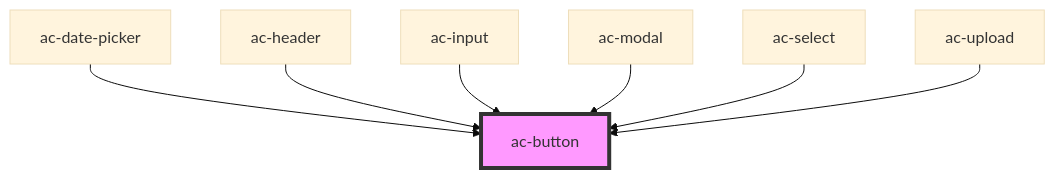
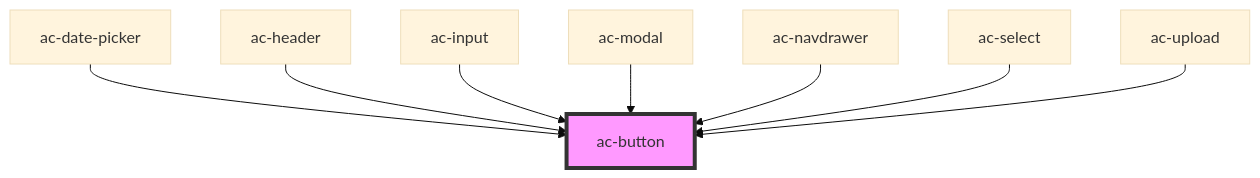
Before and after one commit to accera-tech/solar-components: the diagram in src/components/atoms/ac-button/readme.md, drawn with Mermaid (base theme). The commit also changed other lines of this file and 9 other files, not shown here.

````diff
--- a/src/components/atoms/ac-button/readme.md
+++ b/src/components/atoms/ac-button/readme.md
@@ -35,10 +36,11 @@
 ```mermaid
 graph TD;
   ac-date-picker --> ac-button
   ac-header --> ac-button
   ac-input --> ac-button
   ac-modal --> ac-button
+  ac-navdrawer --> ac-button
   ac-select --> ac-button
   ac-upload --> ac-button
   style ac-button fill:#f9f,stroke:#333,stroke-width:4px
 ```
````
